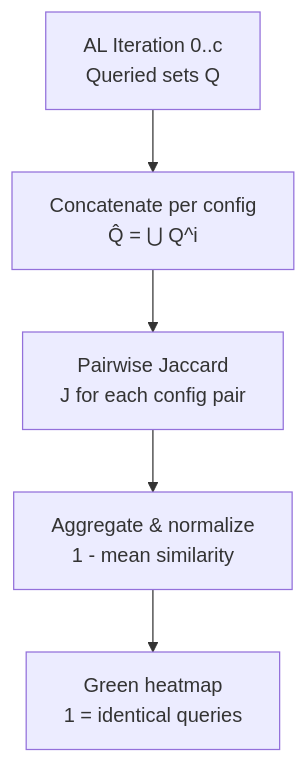
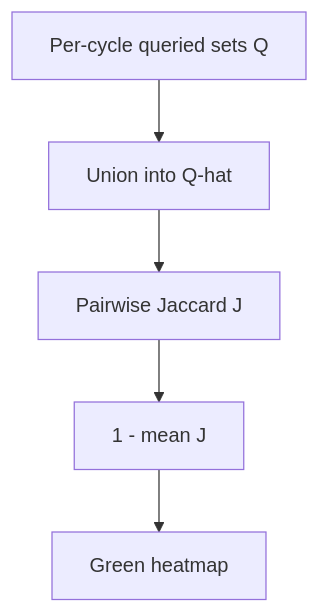
One commit to jgonsior/olympic-games-of-active-learning changed the second of 3 diagrams in docs/reference/correlations_paper_to_code.md. Above: the diagram before and after it, drawn with Mermaid. The commit also changed other lines of this file and 8 other files, not shown here.

First line of the commit message:
Simplify documentation and fix mermaid diagrams

````diff
--- a/docs/reference/correlations_paper_to_code.md
+++ b/docs/reference/correlations_paper_to_code.md
@@ -153,7 +58,7 @@
 ```mermaid
 flowchart TD
-    A[AL Iteration 0..c<br/>Queried sets Q] --> B[Concatenate per config<br/>Q̂ = ⋃ Q^i]
-    B --> C[Pairwise Jaccard<br/>J for each config pair]
-    C --> D[Aggregate & normalize<br/>1 - mean similarity]
-    D --> E[Green heatmap<br/>1 = identical queries]
+    A["Per-cycle queried sets Q"] --> B["Union into Q-hat"]
+    B --> C["Pairwise Jaccard J"]
+    C --> D["1 - mean J"]
+    D --> E["Green heatmap"]
 ```
````
